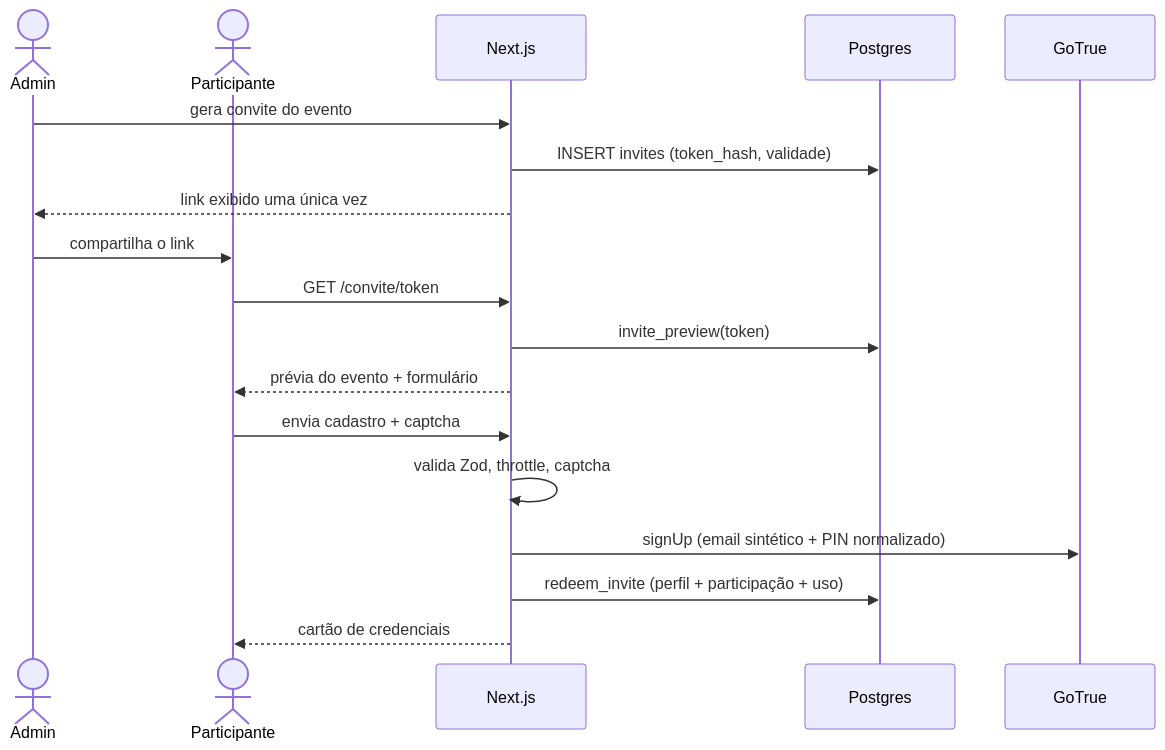
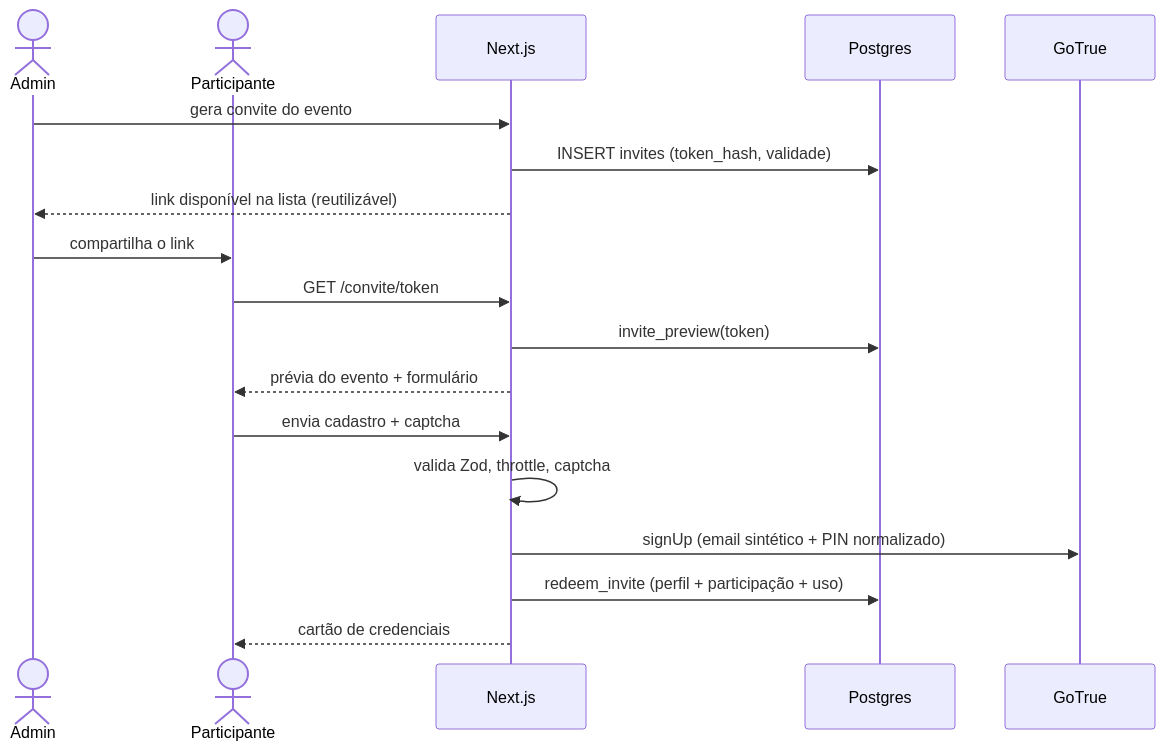
One commit to LeicsonBP/confConf changed the fourth of 4 diagrams in implementation_plan.md. Above: the diagram before and after it, drawn with Mermaid. The commit also changed other lines of this file and 20 other files, not shown here.

````diff
--- a/implementation_plan.md
+++ b/implementation_plan.md
@@ -994,20 +996,20 @@
 ```mermaid
 sequenceDiagram
   actor A as Admin
   actor P as Participante
   participant APP as Next.js
   participant DB as Postgres
   participant GT as GoTrue
   A->>APP: gera convite do evento
   APP->>DB: INSERT invites (token_hash, validade)
-  APP-->>A: link exibido uma única vez
+  APP-->>A: link disponível na lista (reutilizável)
   A->>P: compartilha o link
   P->>APP: GET /convite/token
   APP->>DB: invite_preview(token)
   APP-->>P: prévia do evento + formulário
   P->>APP: envia cadastro + captcha
   APP->>APP: valida Zod, throttle, captcha
   APP->>GT: signUp (email sintético + PIN normalizado)
   APP->>DB: redeem_invite (perfil + participação + uso)
   APP-->>P: cartão de credenciais
 ```
````
